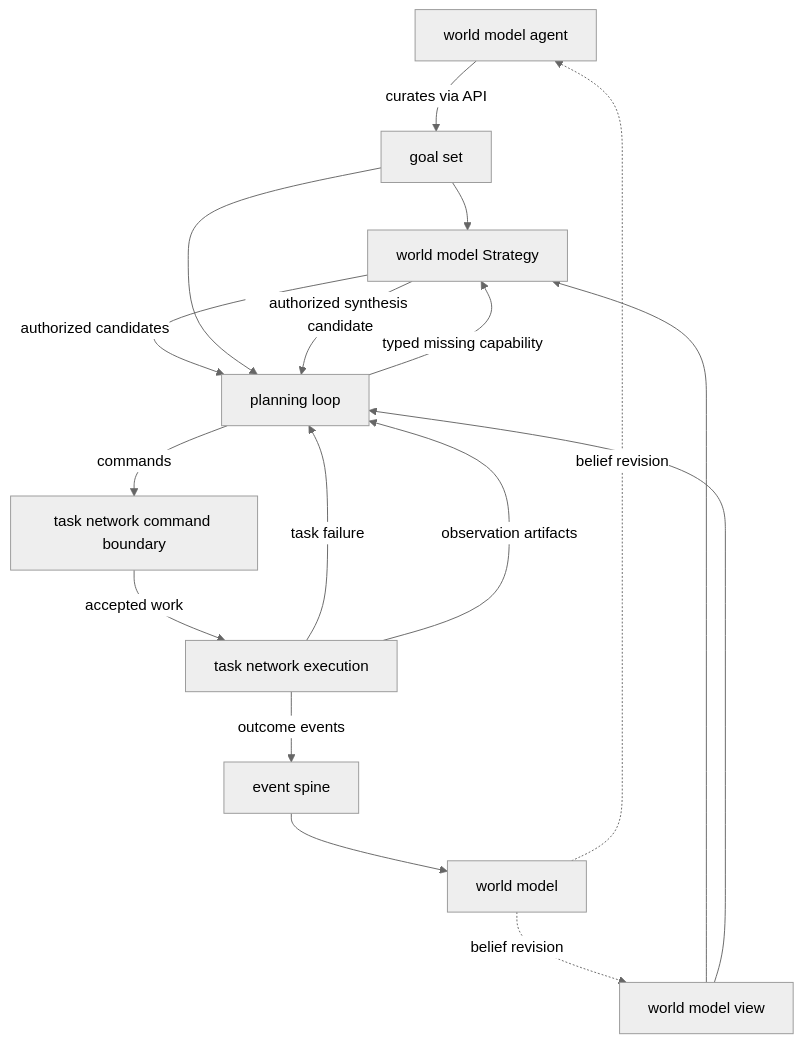
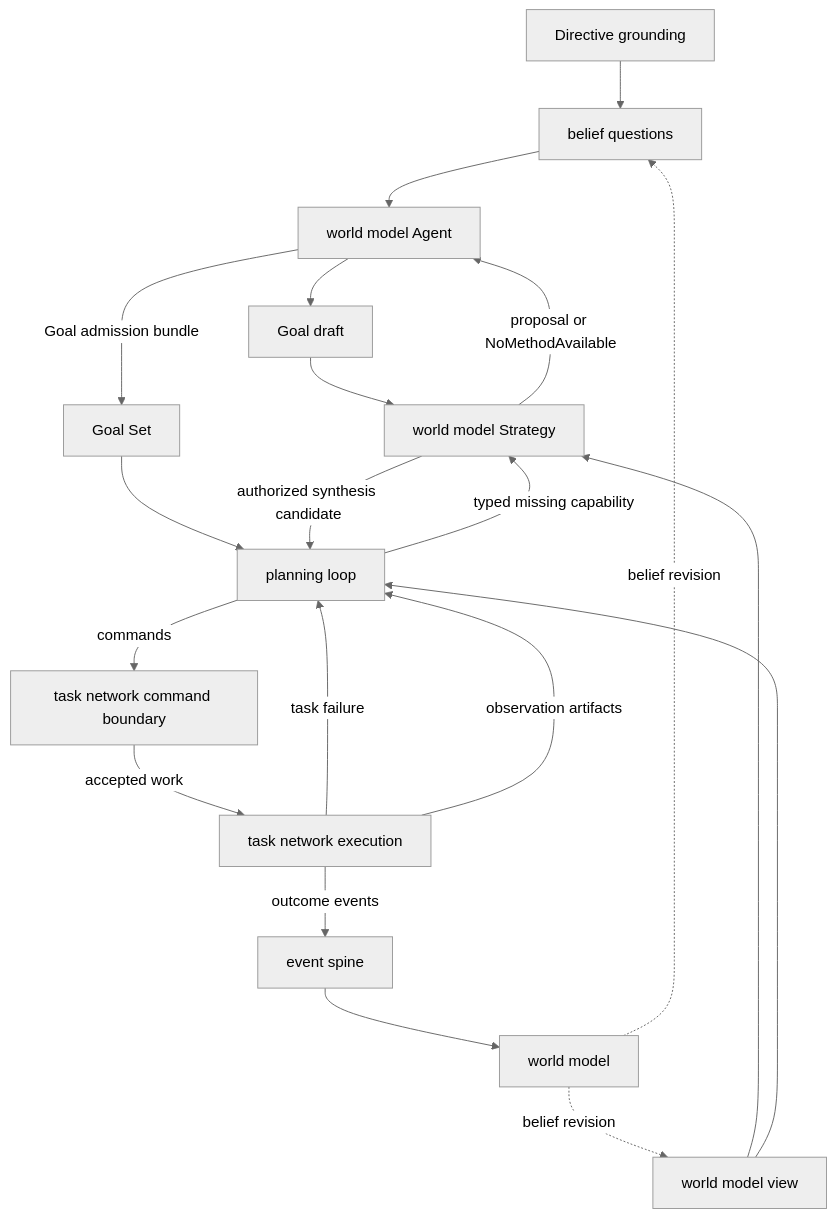
Before and after one commit to JerkyTreats/meld: the diagram in design/cognitive_architecture/execution/planning/planning_pipeline.md, drawn with Mermaid (neutral theme). The commit also changed other lines of this file and 43 other files, not shown here.

````diff
--- a/design/cognitive_architecture/execution/planning/planning_pipeline.md
+++ b/design/cognitive_architecture/execution/planning/planning_pipeline.md
@@ -31,21 +31,24 @@
 ```mermaid
 flowchart TD
-    AG[world model agent] -->|curates via API| GS[goal set]
-    GS --> ST[world model Strategy]
+    DG[Directive grounding] --> BQ[belief questions]
+    BQ --> AG[world model Agent]
+    AG --> GD[Goal draft]
+    GD --> ST[world model Strategy]
     WMV[world model view] --> ST
-    ST -->|authorized candidates| PL[planning loop]
+    ST -->|proposal or NoMethodAvailable| AG
+    AG -->|Goal admission bundle| GS[Goal Set]
+    GS --> PL[planning loop]
     WMV --> PL
-    GS --> PL
     PL -->|commands| TN[task network command boundary]
     TN -->|accepted work| TE[task network execution]
     TE -->|outcome events| SP[event spine]
     SP --> WM[world model]
     WM -.->|belief revision| WMV
-    WM -.->|belief revision| AG
+    WM -.->|belief revision| BQ
 
     TE -->|task failure| PL
     TE -->|observation artifacts| PL
 
     PL -->|typed missing capability| ST
     ST -->|authorized synthesis candidate| PL
 ```
````
